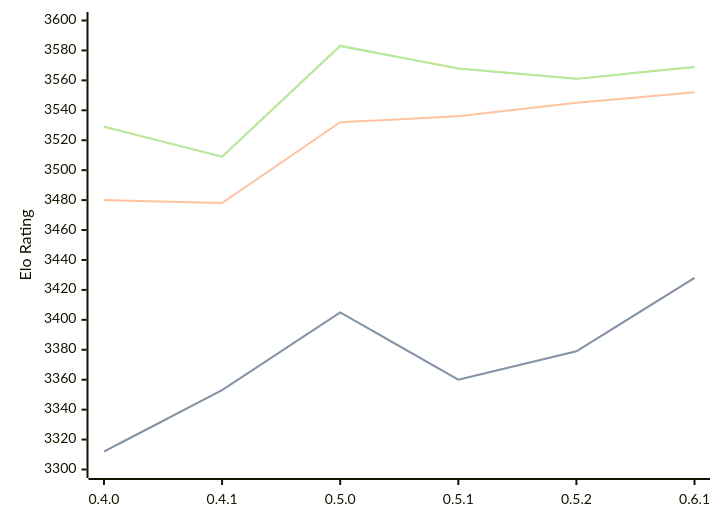
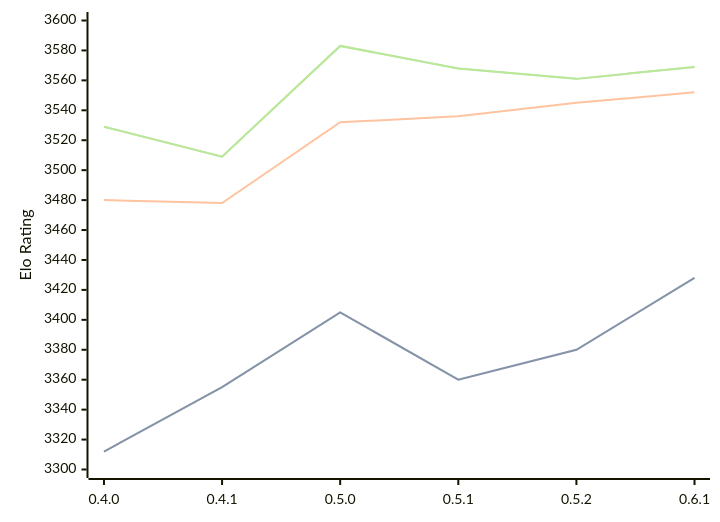
The diagram in engines/Cinder.md (computer-chess-index/cci), drawn with Mermaid before and after one commit. The commit also changed other lines of this file, not shown here.

````diff
--- a/engines/Cinder.md
+++ b/engines/Cinder.md
@@ -37,11 +37,11 @@
 ```mermaid
 %%{init: {"theme":"base","themeVariables":{"seriesColors:['#a3a3a3','#222221','#faa371']}}}%%
 xychart-beta
   x-axis ["0.4.0", "0.4.1", "0.5.0", "0.5.1", "0.5.2", "0.6.1"]
   y-axis "Elo Rating" 3300 --> 3600
-  line "" [3312, 3353, 3405, 3360, 3379, 3428]
-  line "STC (8.0+0.08s)" [3312, 3353, 3405, 3360, 3379, 3428]
+  line "" [3312, 3355, 3405, 3360, 3380, 3428]
+  line "STC (8.0+0.08s)" [3312, 3355, 3405, 3360, 3380, 3428]
   line "LTC (60.0+0.60s)" [3480, 3478, 3532, 3536, 3545, 3552]
   line "" [3529, 3509, 3583, 3568, 3561, 3569]
   line "VLTC (2m24s+1.12s)" [3529, 3509, 3583, 3568, 3561, 3569]
 ```
````
